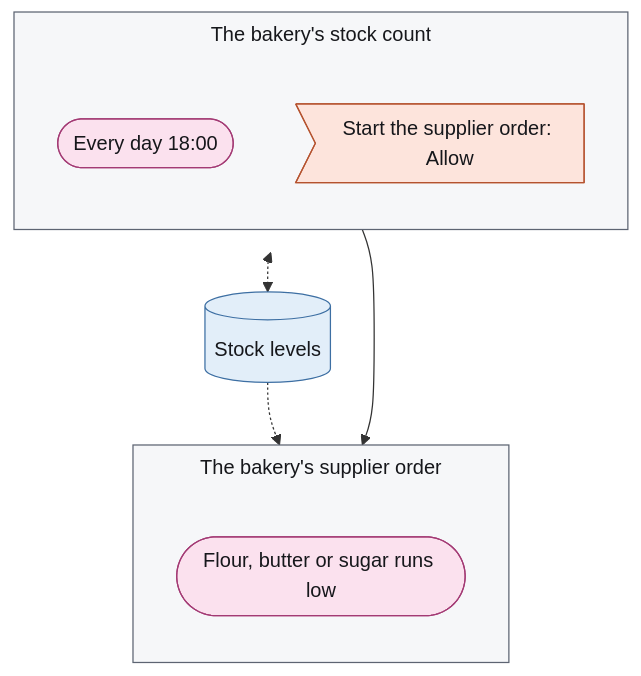
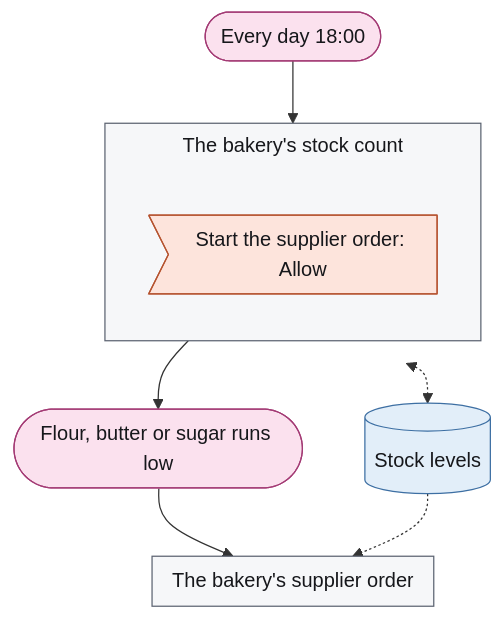
Before and after one commit to chrismdp/awml: the diagram in examples/bakery-map.mmd, drawn with Mermaid. The commit also changed 9 other files, not shown here.

```diff
--- a/examples/bakery-map.mmd
+++ b/examples/bakery-map.mmd
@@ -1,40 +1,42 @@
 ---
 config:
   theme: default
   fontFamily: Inter, sans-serif
   flowchart:
     useMaxWidth: false
     subGraphTitleMargin:
       top: 6
       bottom: 30
 ---
 flowchart TB
+  w1_close(["Every day 18#58;00"])
   subgraph w1["The bakery#39;s stock count"]
     direction TB
-    w1_close(["Every day 18#58;00"])
     w1_start>"Start the supplier order#58; Allow"]
   end
+  w2_low(["Flour#44; butter or sugar runs low"])
   subgraph w2["The bakery#39;s supplier order"]
     direction TB
-    w2_low(["Flour#44; butter or sugar runs low"])
   end
   s1[("Stock levels")]
 
+  w1_close --> w1
+  w2_low --> w2
   w1 <-.-> s1
   s1 -.-> w2
   w1_start --> w2_low
   classDef trig fill:#fbe1ee,stroke:#a33a74,color:#16171b
   classDef ctx fill:#e2eef9,stroke:#3d6fa3,color:#16171b
   classDef con fill:#eceef2,stroke:#5d6472,color:#16171b
   classDef surf fill:#ffffff,stroke:#2a2d35,stroke-width:1.5px,color:#16171b
   classDef out fill:#fde4dc,stroke:#b5532f,color:#16171b
   classDef ai fill:#cdd3fb,stroke:#3b4bb0,color:#16171b
   classDef code fill:#c4e3d1,stroke:#2b7a4f,color:#16171b
   classDef person fill:#f7d79a,stroke:#9a6100,color:#16171b
   classDef uml fill:#16171b,stroke:#16171b,color:#16171b
   classDef gap fill:#ffffff,stroke:#8a93a3,stroke-dasharray:4 3,color:#6b7280
   class w1_close,w2_low trig
   class s1 ctx
   class w1_start out
   style w1 fill:#f6f7f9,stroke:#5d6472,color:#16171b
   style w2 fill:#f6f7f9,stroke:#5d6472,color:#16171b
```
